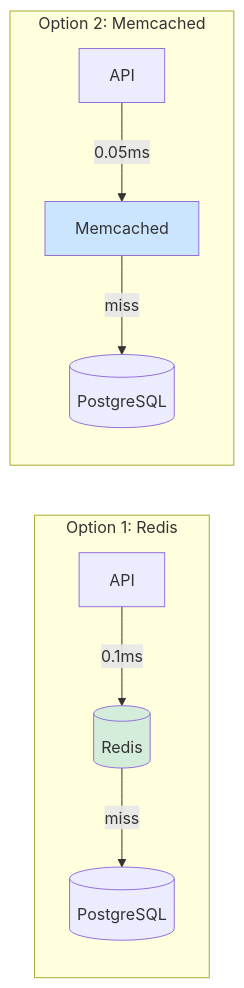
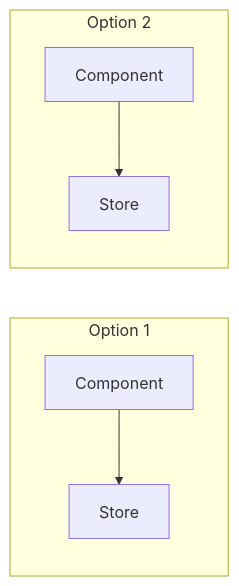
The second of 3 diagrams in plugins/ai/skills/adr/references/adr-template.md (NguyenNhan1610/codex-copilot-plugin-cc), drawn with Mermaid before and after one commit. The commit also changed other lines of this file and 16 other files, not shown here.

First line of the commit message:
Optimize prompts: slim templates, split usage guide, trim mermaid blocks, bump to 4.3.1

````diff
--- a/plugins/ai/skills/adr/references/adr-template.md
+++ b/plugins/ai/skills/adr/references/adr-template.md
@@ -159,15 +103,9 @@
 ```mermaid
 graph LR
-    subgraph Option 1: Redis
-        A1[API] -->|0.1ms| R1[(Redis)]
-        R1 -->|miss| D1[(PostgreSQL)]
+    subgraph "Option 1"
+        A1[Component] --> B1[Store]
     end
-
-    subgraph Option 2: Memcached
-        A2[API] -->|0.05ms| M2[Memcached]
-        M2 -->|miss| D2[(PostgreSQL)]
+    subgraph "Option 2"
+        A2[Component] --> B2[Store]
     end
-
-    style R1 fill:#d4edda
-    style M2 fill:#cce5ff
 ```
````
